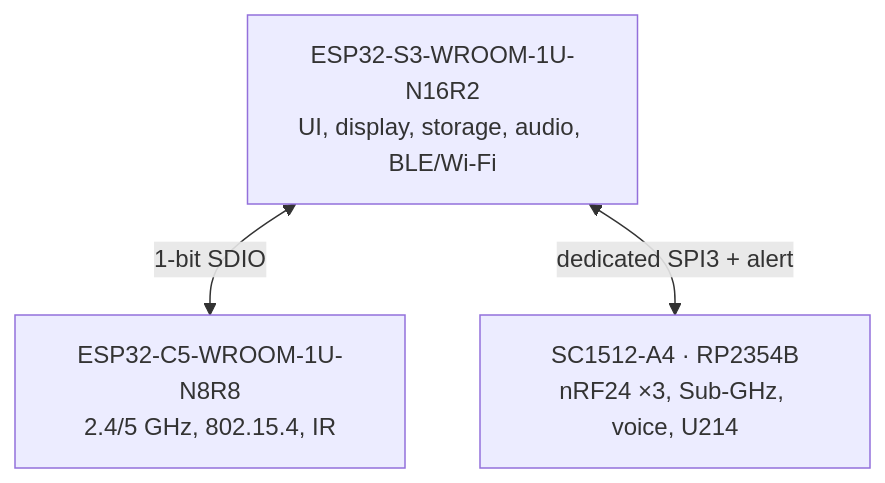
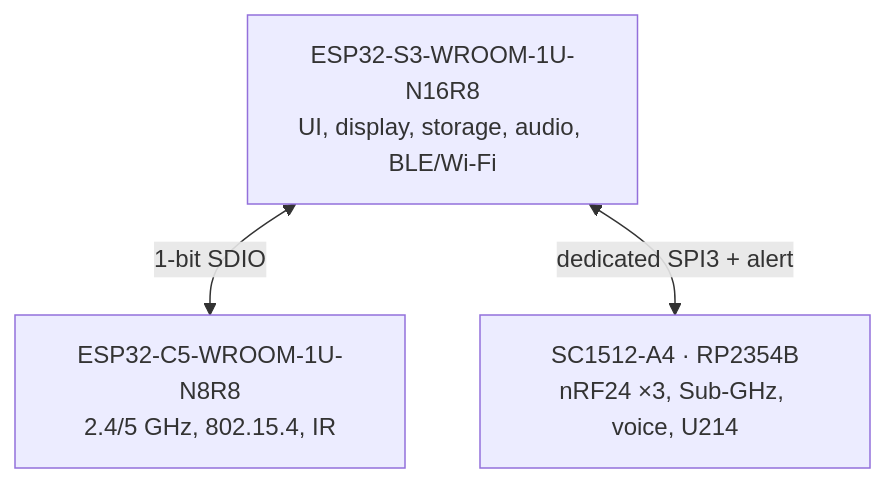
One commit to anton-vinogradov/esp32-leshy2 changed the diagram in docs/hardware.md. Above: the diagram before and after it, drawn with Mermaid. The commit also changed other lines of this file and 23 other files, not shown here.

````diff
--- a/docs/hardware.md
+++ b/docs/hardware.md
@@ -18,8 +18,8 @@
 ```mermaid
 flowchart TB
-  S3["ESP32-S3-WROOM-1U-N16R2<br/>UI, display, storage, audio, BLE/Wi-Fi"]
+  S3["ESP32-S3-WROOM-1U-N16R8<br/>UI, display, storage, audio, BLE/Wi-Fi"]
   C5["ESP32-C5-WROOM-1U-N8R8<br/>2.4/5 GHz, 802.15.4, IR"]
   RP["SC1512-A4 · RP2354B<br/>nRF24 ×3, Sub-GHz, voice, U214"]
   S3 <-->|"1-bit SDIO"| C5
   S3 <-->|"dedicated SPI3 + alert"| RP
 ```
````
